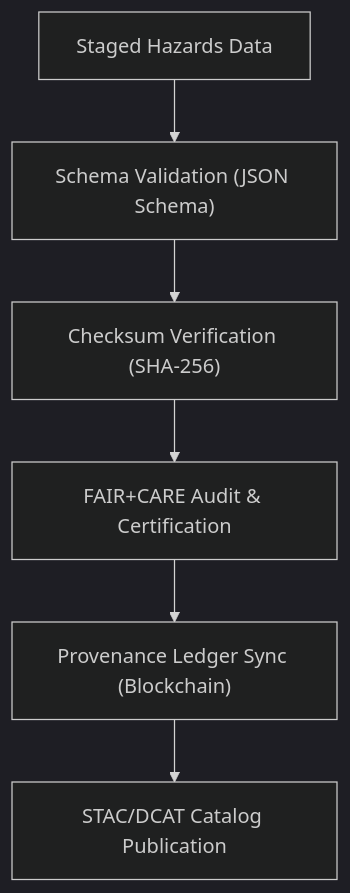
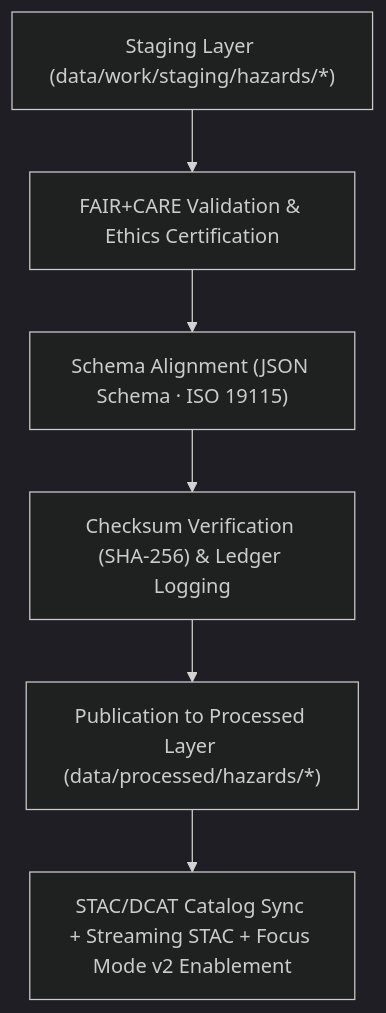
Before and after one commit to bartytime4life/Kansas-Frontier-Matrix: the diagram in data/processed/spatial/README.md, drawn with Mermaid (dark theme). The commit also changed other lines of this file, not shown here.

````diff
--- a/data/processed/spatial/README.md
+++ b/data/processed/spatial/README.md
@@ -118,8 +92,8 @@
 ```mermaid
 flowchart TD
-    A["Staged Hazards Data"] --> B["Schema Validation (JSON Schema)"]
-    B --> C["Checksum Verification (SHA-256)"]
-    C --> D["FAIR+CARE Audit & Certification"]
-    D --> E["Provenance Ledger Sync (Blockchain)"]
-    E --> F["STAC/DCAT Catalog Publication"]
+    A["Staging Layer (data/work/staging/hazards/*)"] --> B["FAIR+CARE Validation & Ethics Certification"]
+    B --> C["Schema Alignment (JSON Schema · ISO 19115)"]
+    C --> D["Checksum Verification (SHA-256) & Ledger Logging"]
+    D --> E["Publication to Processed Layer (data/processed/hazards/*)"]
+    E --> F["STAC/DCAT Catalog Sync + Streaming STAC + Focus Mode v2 Enablement"]
 ```
````
